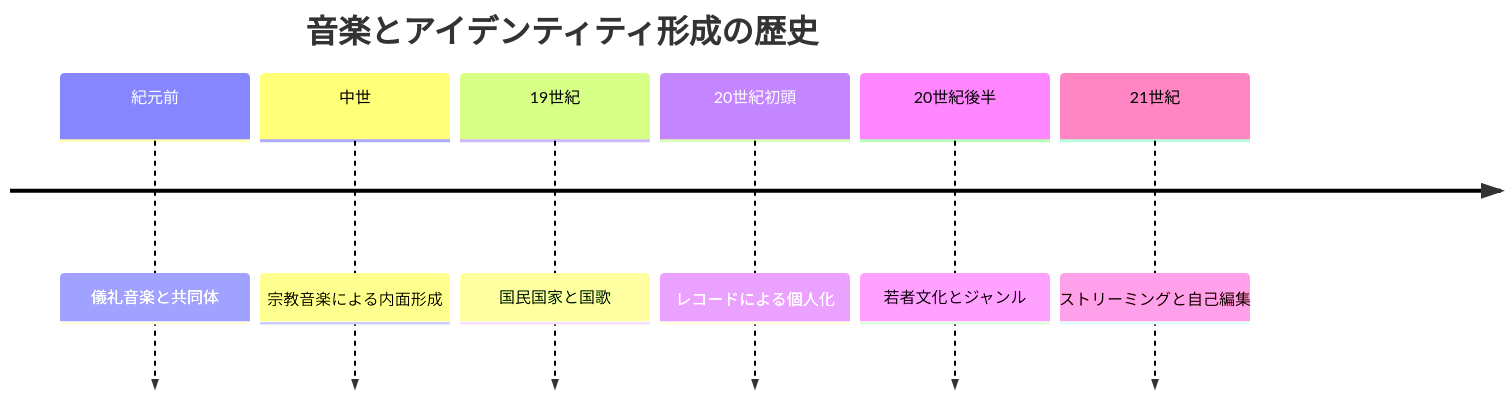
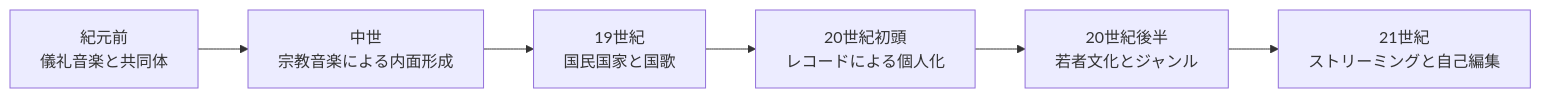
Before and after one commit to monumental-movement/monumental-movement.github.io: the fourth of 4 diagrams in _posts/2026-01-31-column-how-music-shapes-identity.md, drawn with Mermaid.

```diff
--- a/_posts/2026-01-31-column-how-music-shapes-identity.md
+++ b/_posts/2026-01-31-column-how-music-shapes-identity.md
@@ -185,22 +185,10 @@
 <div class="mermaid">
-timeline
-    title 音楽とアイデンティティ形成の歴史
+flowchart LR
 
-    紀元前
-        : 儀礼音楽と共同体
-
-    中世
-        : 宗教音楽による内面形成
-
-    19世紀
-        : 国民国家と国歌
-
-    20世紀初頭
-        : レコードによる個人化
-
-    20世紀後半
-        : 若者文化とジャンル
-
-    21世紀
-        : ストリーミングと自己編集
+A["紀元前<br>儀礼音楽と共同体"]
+--> B["中世<br>宗教音楽による内面形成"]
+--> C["19世紀<br>国民国家と国歌"]
+--> D["20世紀初頭<br>レコードによる個人化"]
+--> E["20世紀後半<br>若者文化とジャンル"]
+--> F["21世紀<br>ストリーミングと自己編集"]
 </div>
```
